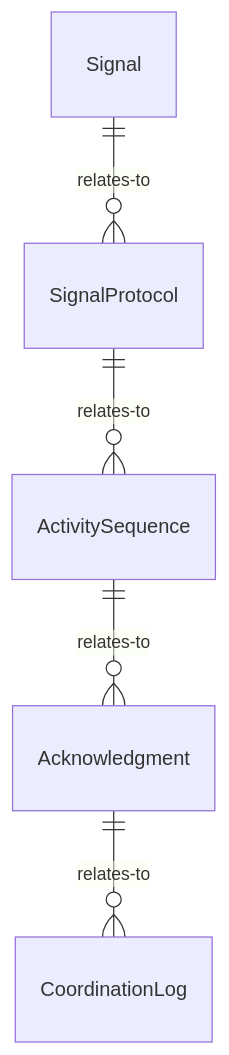
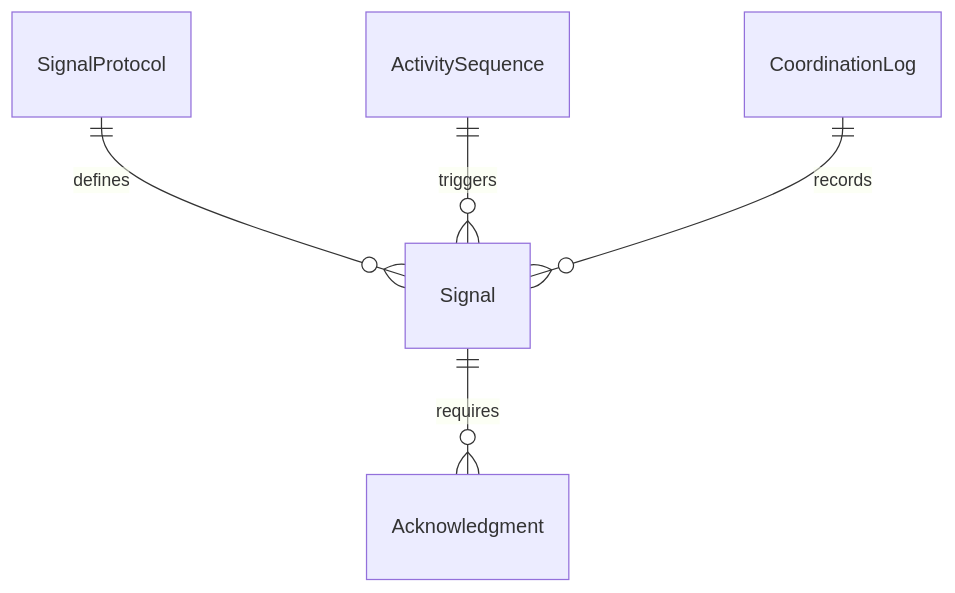
The first of 4 diagrams in CommunicatingWithSupervisorsPeersOrSubordinates/SignalOthersToCoordinateWorkActivities/SignalOthersCoordinateWorkActivities.mdx (dot-org-ai/tasks.org.ai), drawn with Mermaid before and after one commit. The commit also changed other lines of this file and 515 other files, not shown here.

````diff
--- a/CommunicatingWithSupervisorsPeersOrSubordinates/SignalOthersToCoordinateWorkActivities/SignalOthersCoordinateWorkActivities.mdx
+++ b/CommunicatingWithSupervisorsPeersOrSubordinates/SignalOthersToCoordinateWorkActivities/SignalOthersCoordinateWorkActivities.mdx
@@ -85,7 +85,7 @@
 ```mermaid
 erDiagram
-    Signal ||--o{ SignalProtocol : relates-to
-    SignalProtocol ||--o{ ActivitySequence : relates-to
-    ActivitySequence ||--o{ Acknowledgment : relates-to
-    Acknowledgment ||--o{ CoordinationLog : relates-to
+    SignalProtocol ||--o{ Signal : defines
+    ActivitySequence ||--o{ Signal : triggers
+    Signal ||--o{ Acknowledgment : requires
+    CoordinationLog ||--o{ Signal : records
 ```
````
